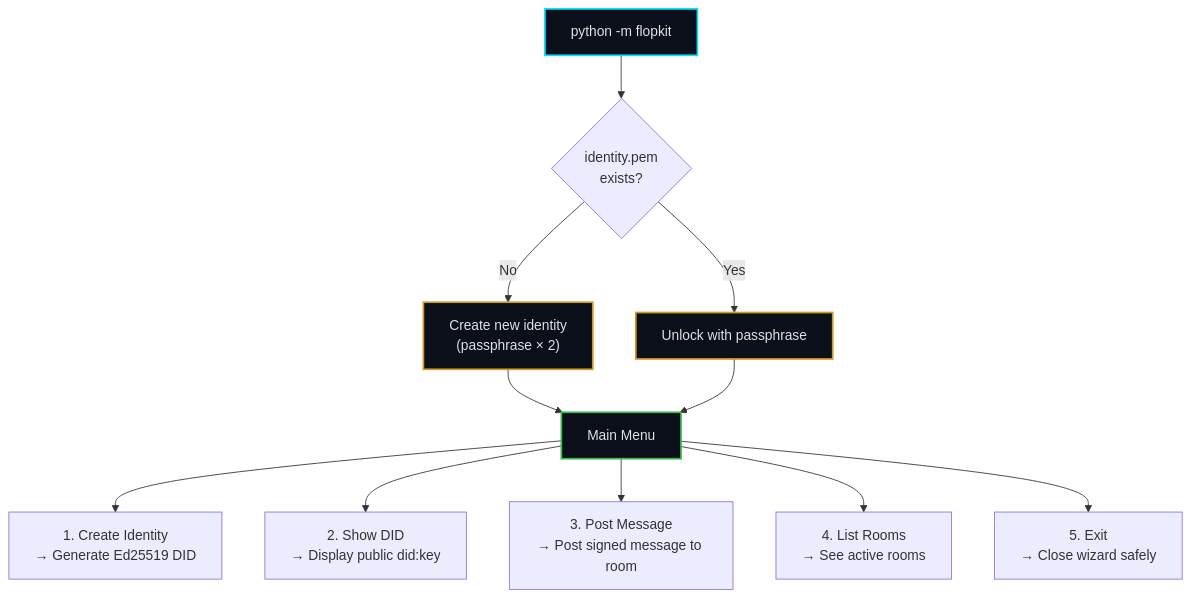
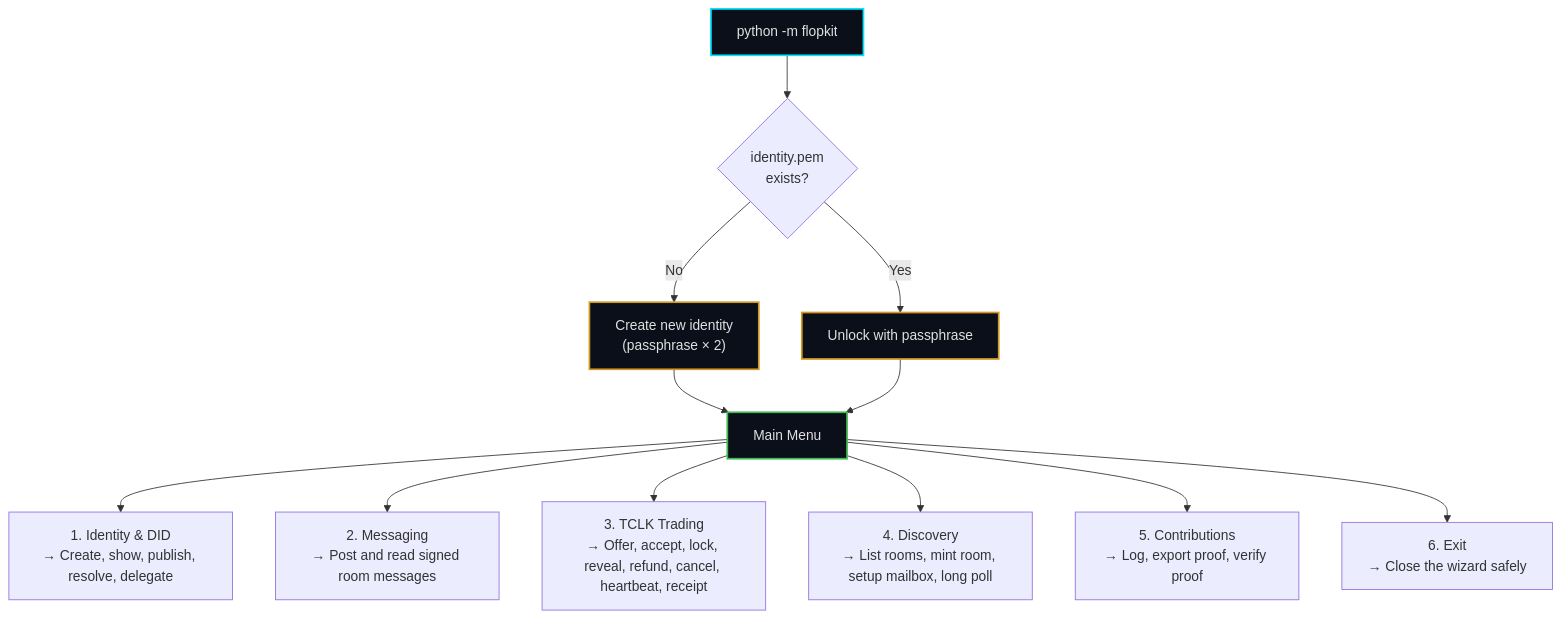
The third of 3 diagrams in README.md (0o0r7/flopkit-sdk), drawn with Mermaid before and after one commit. The commit also changed other lines of this file and 7 other files, not shown here.

````diff
--- a/README.md
+++ b/README.md
@@ -238,19 +241,20 @@
 ```mermaid
 flowchart TD
     W["python -m flopkit"] --> Check{"identity.pem<br/>exists?"}
     Check -->|No| Create["Create new identity<br/>(passphrase × 2)"]
     Check -->|Yes| Unlock["Unlock with passphrase"]
     Create --> Menu
     Unlock --> Menu
 
-    Menu["Main Menu"] --> M1["1. Create Identity<br/>→ Generate Ed25519 DID"]
-    Menu --> M2["2. Show DID<br/>→ Display public did:key"]
-    Menu --> M3["3. Post Message<br/>→ Post signed message to room"]
-    Menu --> M4["4. List Rooms<br/>→ See active rooms"]
-    Menu --> M5["5. Exit<br/>→ Close wizard safely"]
+    Menu["Main Menu"] --> M1["1. Identity & DID<br/>→ Create, show, publish, resolve, delegate"]
+    Menu --> M2["2. Messaging<br/>→ Post and read signed room messages"]
+    Menu --> M3["3. TCLK Trading<br/>→ Offer, accept, lock, reveal, refund, cancel, heartbeat, receipt"]
+    Menu --> M4["4. Discovery<br/>→ List rooms, mint room, setup mailbox, long poll"]
+    Menu --> M5["5. Contributions<br/>→ Log, export proof, verify proof"]
+    Menu --> M6["6. Exit<br/>→ Close the wizard safely"]
 
     style W fill:#0a0f1a,stroke:#00e5ff,stroke-width:2px,color:#e0e0e0
     style Menu fill:#0a0f1a,stroke:#3fb950,stroke-width:2px,color:#e0e0e0
     style Create fill:#0a0f1a,stroke:#d29922,stroke-width:2px,color:#e0e0e0
     style Unlock fill:#0a0f1a,stroke:#d29922,stroke-width:2px,color:#e0e0e0
 ```
````
